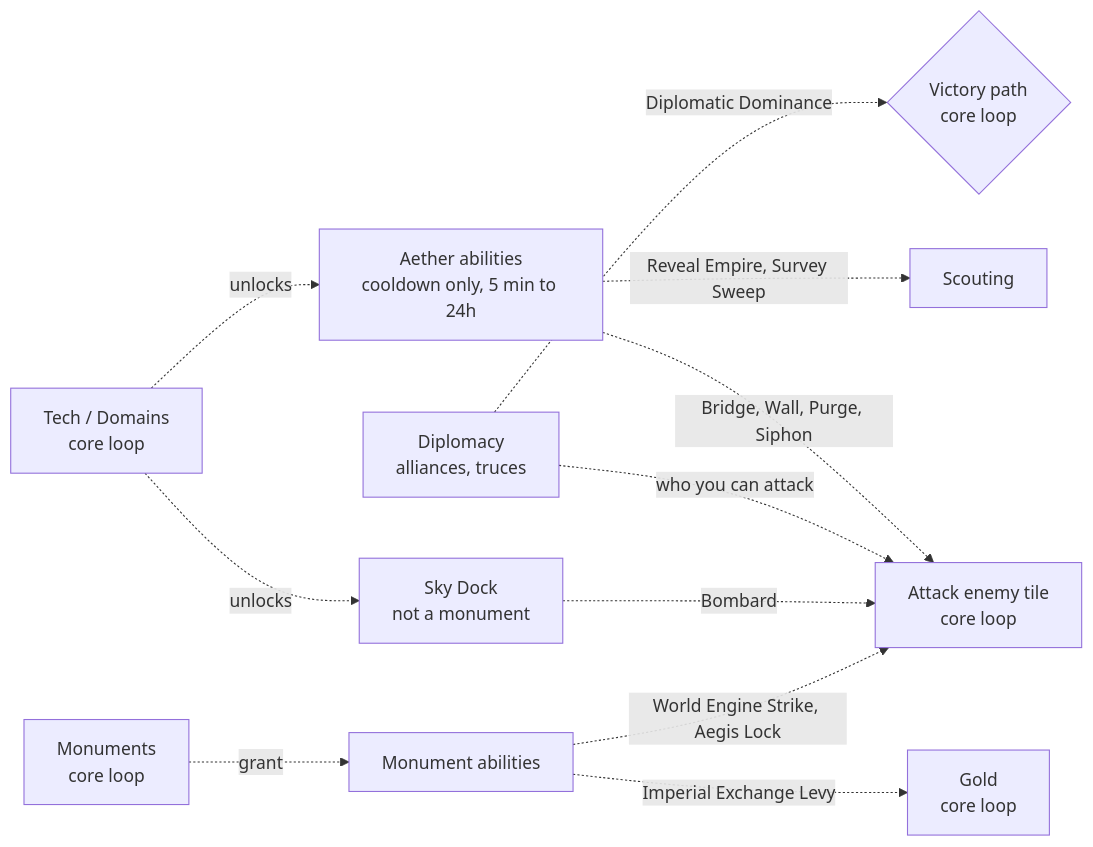
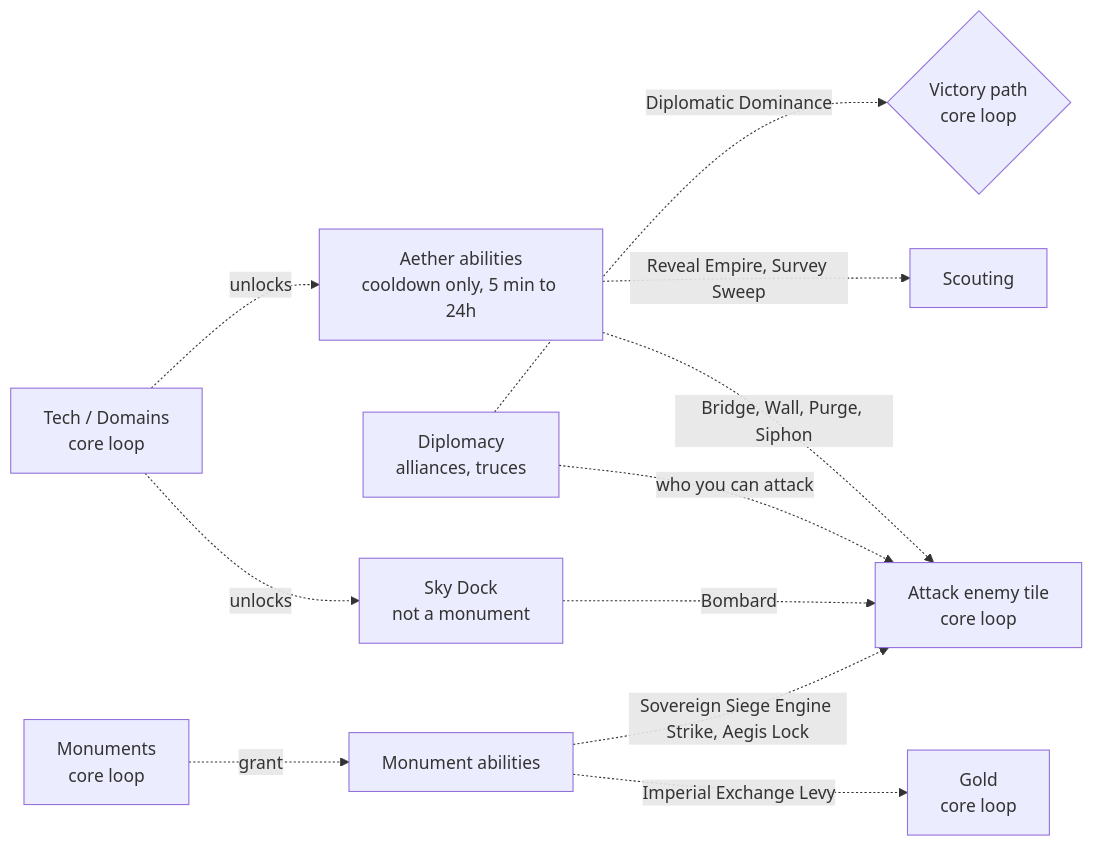
Before and after one commit to BenjaminWaye/border-empires: the third of 3 diagrams in docs/core-loop.md, drawn with Mermaid. The commit also changed other lines of this file and 655 other files, not shown here.

````diff
--- a/docs/core-loop.md
+++ b/docs/core-loop.md
@@ -166,13 +166,13 @@
 ```mermaid
 flowchart LR
     H[Tech / Domains<br/>core loop] -.->|unlocks| AB[Aether abilities<br/>cooldown only, 5 min to 24h]
     AB -.->|Bridge, Wall, Purge, Siphon| I[Attack enemy tile<br/>core loop]
     AB -.->|Reveal Empire, Survey Sweep| SC[Scouting]
     DP[Diplomacy<br/>alliances, truces] -.->|who you can attack| I
     DP -.->|Diplomatic Dominance| V{Victory path<br/>core loop}
     H -.->|unlocks| SD[Sky Dock<br/>not a monument]
     SD -.->|Bombard| I
     MON[Monuments<br/>core loop] -.->|grant| MA[Monument abilities]
-    MA -.->|World Engine Strike, Aegis Lock| I
+    MA -.->|Sovereign Siege Engine Strike, Aegis Lock| I
     MA -.->|Imperial Exchange Levy| G[Gold<br/>core loop]
 ```
````
